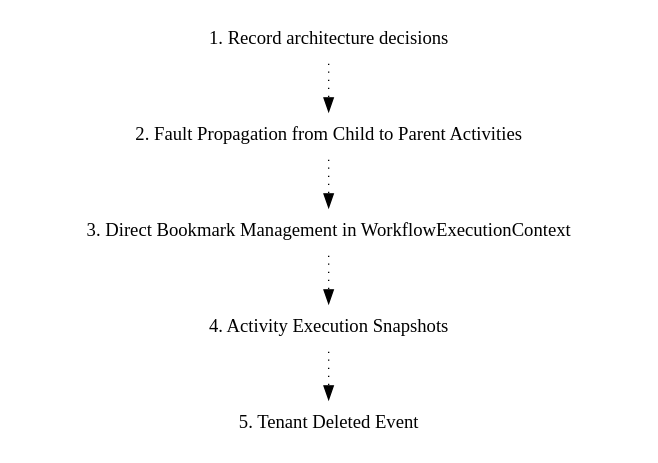
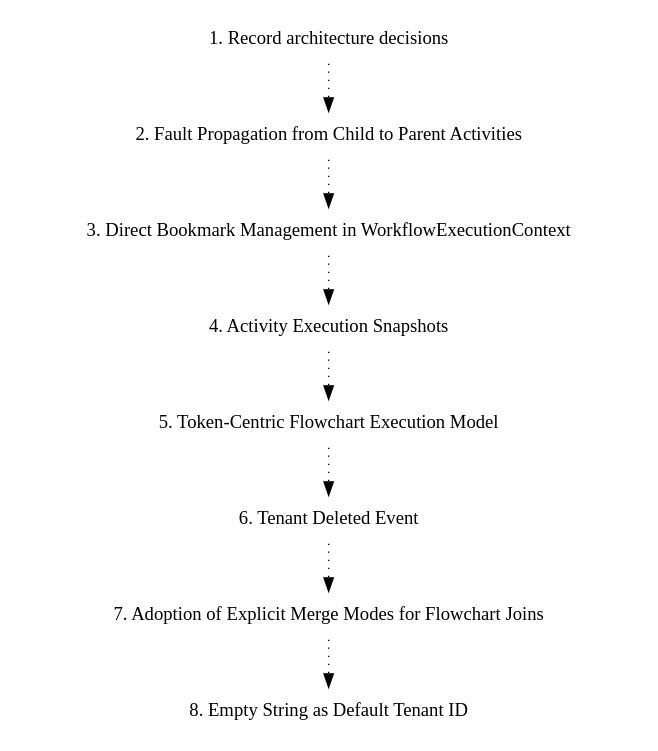
The diagram in doc/adr/graph.dot (elsa-workflows/elsa-core), drawn with Graphviz before and after one commit. The commit also changed 40 other files, not shown here.

```diff
--- a/doc/adr/graph.dot
+++ b/doc/adr/graph.dot
@@ -1,14 +1,20 @@
 digraph {
 node [shape=plaintext];
 subgraph {
 _1 [label="1. Record architecture decisions"; URL="0001-record-architecture-decisions.html"];
 _2 [label="2. Fault Propagation from Child to Parent Activities"; URL="0002-fault-propagation-from-child-to-parent-activities.html"];
 _1 -> _2 [style="dotted", weight=1];
 _3 [label="3. Direct Bookmark Management in WorkflowExecutionContext"; URL="0003-direct-bookmark-management-in-workflowexecutioncontext.html"];
 _2 -> _3 [style="dotted", weight=1];
 _4 [label="4. Activity Execution Snapshots"; URL="0004-activity-execution-snapshots.html"];
 _3 -> _4 [style="dotted", weight=1];
-_5 [label="5. Tenant Deleted Event"; URL="0005-tenant-deleted-event.html"];
+_5 [label="5. Token-Centric Flowchart Execution Model"; URL="0005-token-centric-flowchart-execution-model.html"];
 _4 -> _5 [style="dotted", weight=1];
+_6 [label="6. Tenant Deleted Event"; URL="0006-tenant-deleted-event.html"];
+_5 -> _6 [style="dotted", weight=1];
+_7 [label="7. Adoption of Explicit Merge Modes for Flowchart Joins"; URL="0007-adoption-of-explicit-merge-modes-for-flowchart-joins.html"];
+_6 -> _7 [style="dotted", weight=1];
+_8 [label="8. Empty String as Default Tenant ID"; URL="0008-empty-string-as-default-tenant-id.html"];
+_7 -> _8 [style="dotted", weight=1];
 }
 }
```
